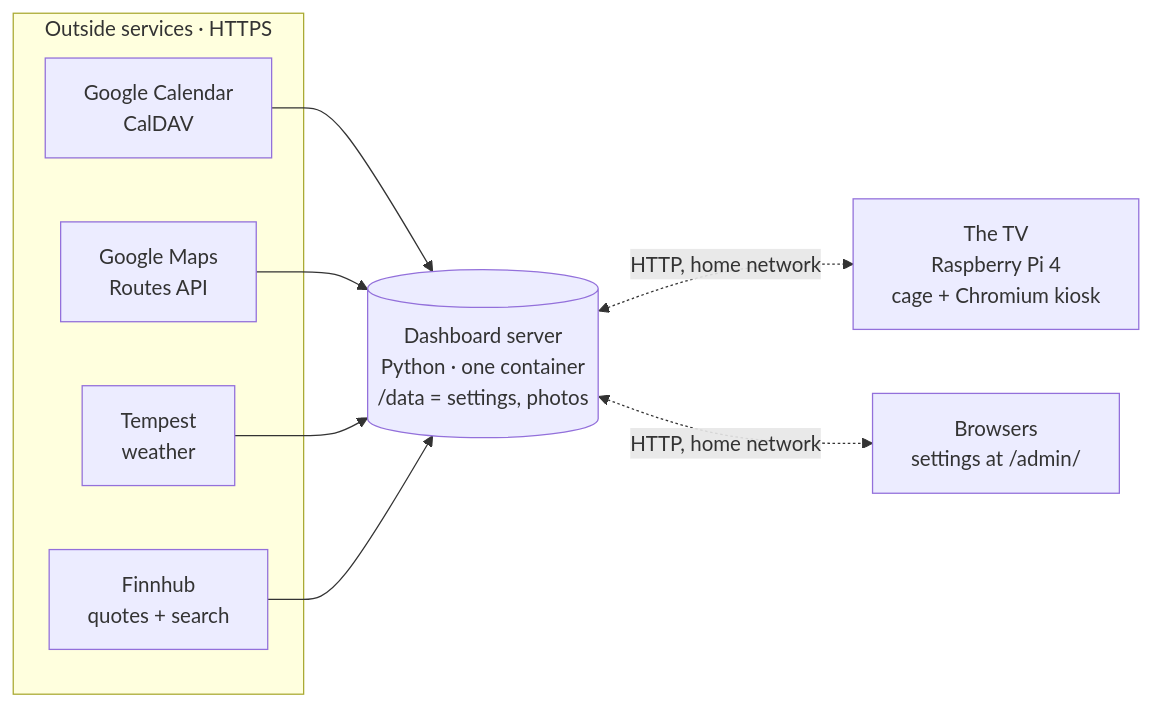
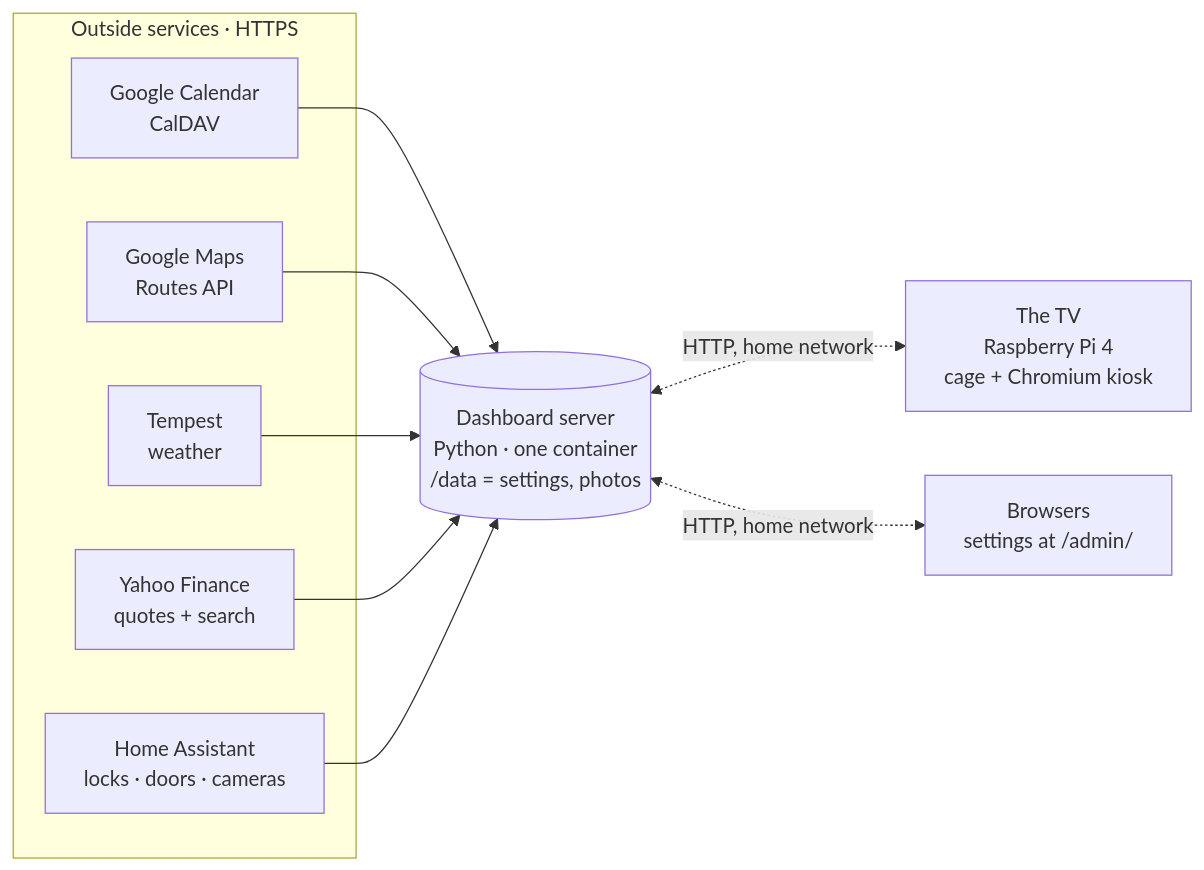
The diagram in README.md (gklier/kliercalendar), drawn with Mermaid before and after one commit. The commit also changed other lines of this file and 18 other files, not shown here.

First line of the commit message:
Switch stock prices to Yahoo Finance and add the Home Assistant connection

````diff
--- a/README.md
+++ b/README.md
@@ -67,18 +68,20 @@
 ```mermaid
 flowchart LR
     subgraph outside["Outside services · HTTPS"]
         GC["Google Calendar<br/>CalDAV"]
         GM["Google Maps<br/>Routes API"]
         TW["Tempest<br/>weather"]
-        FH["Finnhub<br/>quotes + search"]
+        FH["Yahoo Finance<br/>quotes + search"]
+        HA["Home Assistant<br/>locks · doors · cameras"]
     end
     S[("Dashboard server<br/>Python · one container<br/>/data = settings, photos")]
     TV["The TV<br/>Raspberry Pi 4<br/>cage + Chromium kiosk"]
     B["Browsers<br/>settings at /admin/"]
     GC --> S
     GM --> S
     TW --> S
     FH --> S
+    HA --> S
     S <-. "HTTP, home network" .-> TV
     S <-. "HTTP, home network" .-> B
 ```
````
